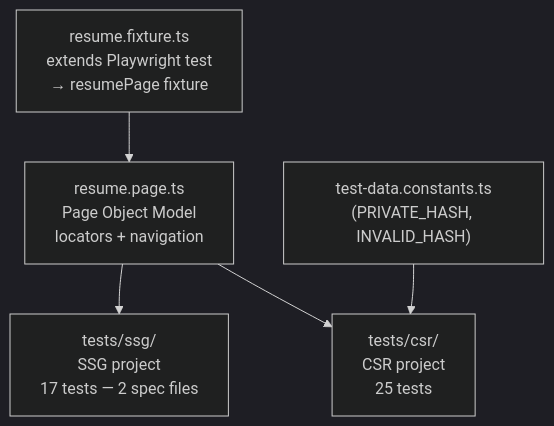
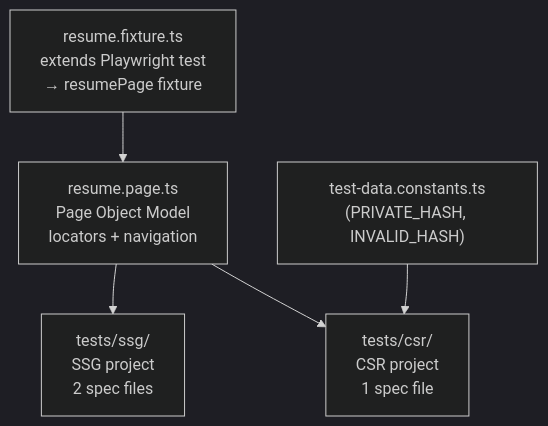
One commit to virgenherrera/virgenherrera changed the diagram in quality/resume/README.md. Above: the diagram before and after it, drawn with Mermaid (dark theme). The commit also changed other lines of this file and 4 other files, not shown here.

````diff
--- a/quality/resume/README.md
+++ b/quality/resume/README.md
@@ -41,13 +41,13 @@
 ```mermaid
 graph TD
     constants["test-data.constants.ts\n(PRIVATE_HASH, INVALID_HASH)"]
     fixture["resume.fixture.ts\nextends Playwright test\n→ resumePage fixture"]
     page["resume.page.ts\nPage Object Model\nlocators + navigation"]
-    ssg["tests/ssg/\nSSG project\n17 tests — 2 spec files"]
-    csr["tests/csr/\nCSR project\n25 tests"]
+    ssg["tests/ssg/\nSSG project\n2 spec files"]
+    csr["tests/csr/\nCSR project\n1 spec file"]
 
     fixture --> page
     page --> ssg
     page --> csr
     constants --> csr
 ```
````
